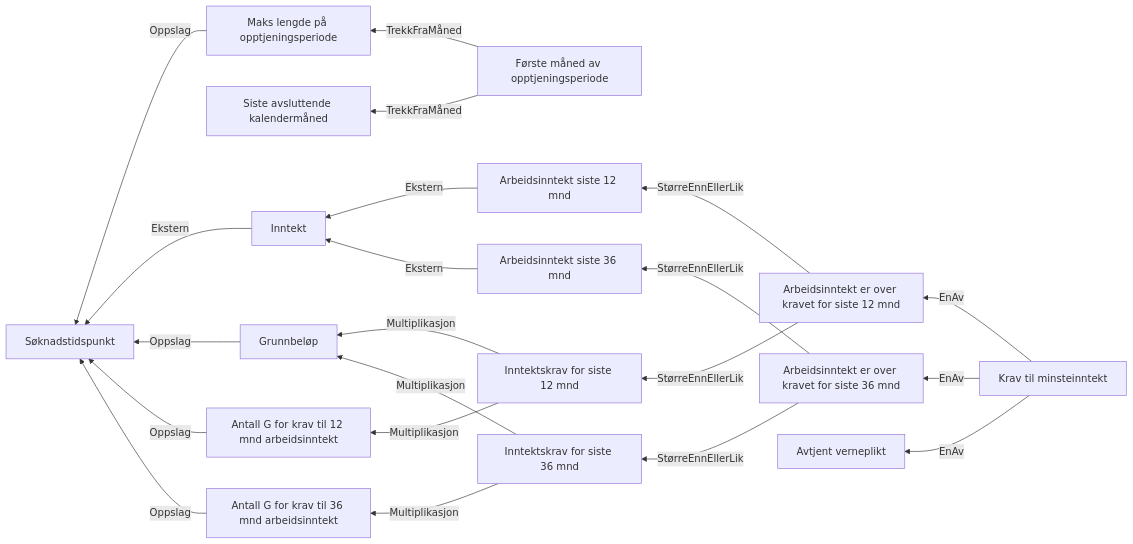
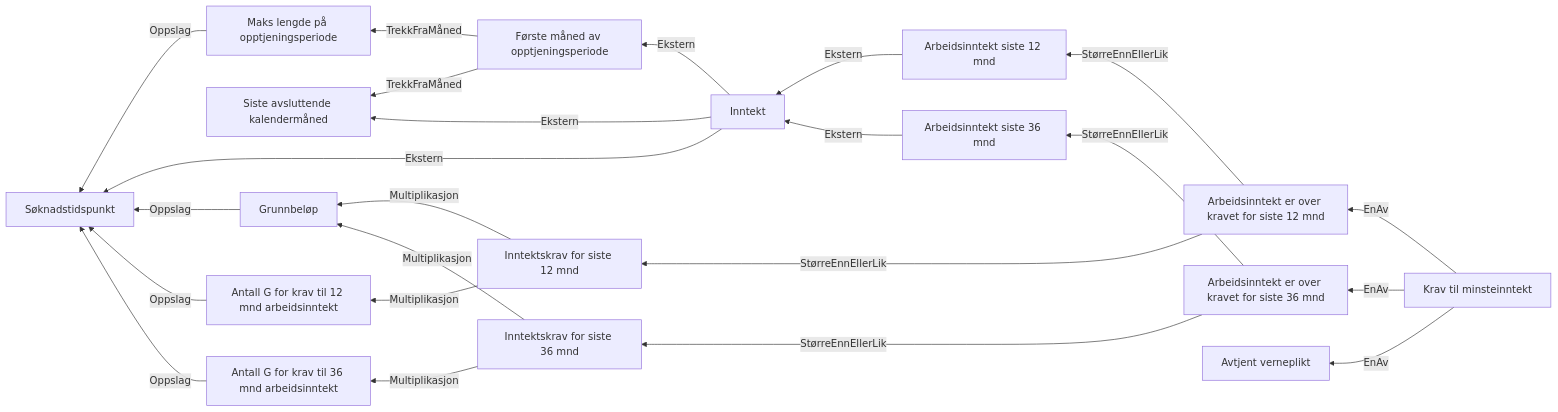
The diagram in docs/regler/§ 4-4. Krav til minsteinntekt.approved.md (navikt/dp-vedtak), drawn with Mermaid before and after one commit. The commit also changed 1 other file, not shown here.

Commit message:
La til at inntekt hentes med sisteAvsluttendendeKalenderMåned, førsteMånedAvOpptjeningsperiode for å gjøre en glidende overgang.

````diff
--- a/docs/regler/§ 4-4. Krav til minsteinntekt.approved.md
+++ b/docs/regler/§ 4-4. Krav til minsteinntekt.approved.md
@@ -5,23 +5,25 @@
 ```mermaid
 graph RL
   A["Maks lengde på opptjeningsperiode"] -->|"Oppslag"| B["Søknadstidspunkt"]
   C["Første måned av opptjeningsperiode"] -->|"TrekkFraMåned"| D["Siste avsluttende kalendermåned"]
   C["Første måned av opptjeningsperiode"] -->|"TrekkFraMåned"| A["Maks lengde på opptjeningsperiode"]
   E["Inntekt"] -->|"Ekstern"| B["Søknadstidspunkt"]
+  E["Inntekt"] -->|"Ekstern"| D["Siste avsluttende kalendermåned"]
+  E["Inntekt"] -->|"Ekstern"| C["Første måned av opptjeningsperiode"]
   F["Grunnbeløp"] -->|"Oppslag"| B["Søknadstidspunkt"]
   G["Arbeidsinntekt siste 12 mnd"] -->|"Ekstern"| E["Inntekt"]
   H["Antall G for krav til 12 mnd arbeidsinntekt"] -->|"Oppslag"| B["Søknadstidspunkt"]
   I["Inntektskrav for siste 12 mnd"] -->|"Multiplikasjon"| H["Antall G for krav til 12 mnd arbeidsinntekt"]
   I["Inntektskrav for siste 12 mnd"] -->|"Multiplikasjon"| F["Grunnbeløp"]
   J["Arbeidsinntekt er over kravet for siste 12 mnd"] -->|"StørreEnnEllerLik"| G["Arbeidsinntekt siste 12 mnd"]
   J["Arbeidsinntekt er over kravet for siste 12 mnd"] -->|"StørreEnnEllerLik"| I["Inntektskrav for siste 12 mnd"]
   K["Arbeidsinntekt siste 36 mnd"] -->|"Ekstern"| E["Inntekt"]
   L["Antall G for krav til 36 mnd arbeidsinntekt"] -->|"Oppslag"| B["Søknadstidspunkt"]
   M["Inntektskrav for siste 36 mnd"] -->|"Multiplikasjon"| L["Antall G for krav til 36 mnd arbeidsinntekt"]
   M["Inntektskrav for siste 36 mnd"] -->|"Multiplikasjon"| F["Grunnbeløp"]
   N["Arbeidsinntekt er over kravet for siste 36 mnd"] -->|"StørreEnnEllerLik"| K["Arbeidsinntekt siste 36 mnd"]
   N["Arbeidsinntekt er over kravet for siste 36 mnd"] -->|"StørreEnnEllerLik"| M["Inntektskrav for siste 36 mnd"]
   O["Krav til minsteinntekt"] -->|"EnAv"| J["Arbeidsinntekt er over kravet for siste 12 mnd"]
   O["Krav til minsteinntekt"] -->|"EnAv"| N["Arbeidsinntekt er over kravet for siste 36 mnd"]
   O["Krav til minsteinntekt"] -->|"EnAv"| P["Avtjent verneplikt"]
 ```
````
